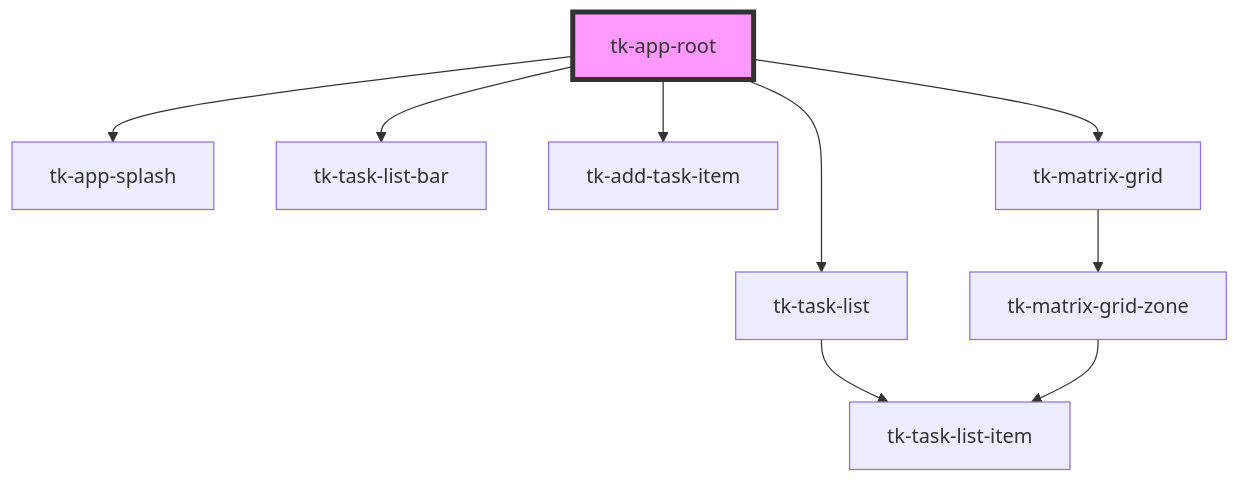
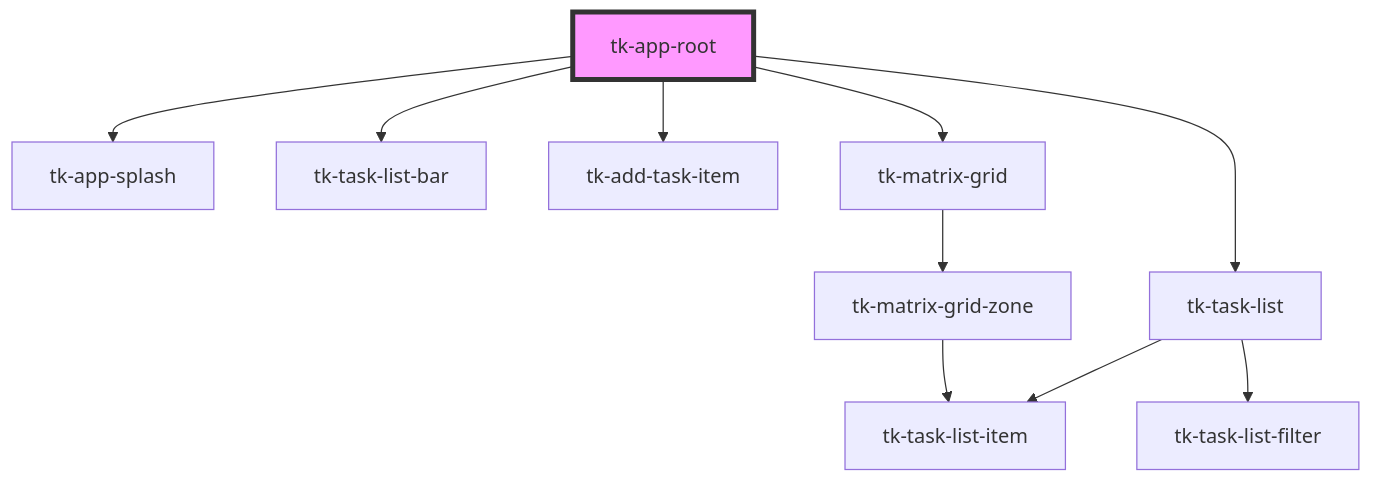
The diagram in client-app/src/components/app/tk-app-root/readme.md (tomokat/tk-time-management-matrix-app), drawn with Mermaid before and after one commit. The commit also changed 5 other files, not shown here.

````diff
--- a/client-app/src/components/app/tk-app-root/readme.md
+++ b/client-app/src/components/app/tk-app-root/readme.md
@@ -19,12 +19,13 @@
 ```mermaid
 graph TD;
   tk-app-root --> tk-app-splash
   tk-app-root --> tk-task-list-bar
   tk-app-root --> tk-add-task-item
   tk-app-root --> tk-task-list
   tk-app-root --> tk-matrix-grid
   tk-task-list --> tk-task-list-item
+  tk-task-list --> tk-task-list-filter
   tk-matrix-grid --> tk-matrix-grid-zone
   tk-matrix-grid-zone --> tk-task-list-item
   style tk-app-root fill:#f9f,stroke:#333,stroke-width:4px
 ```
````
